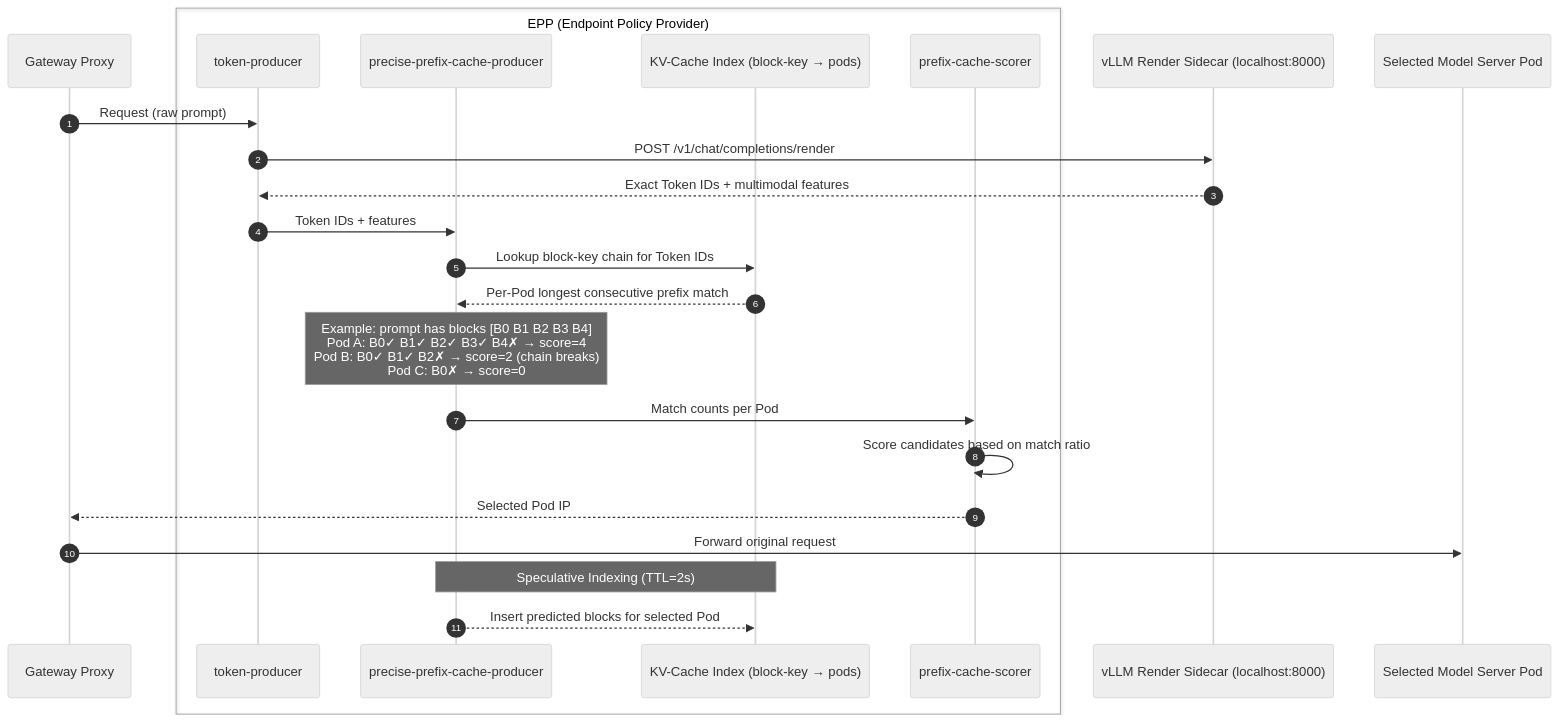
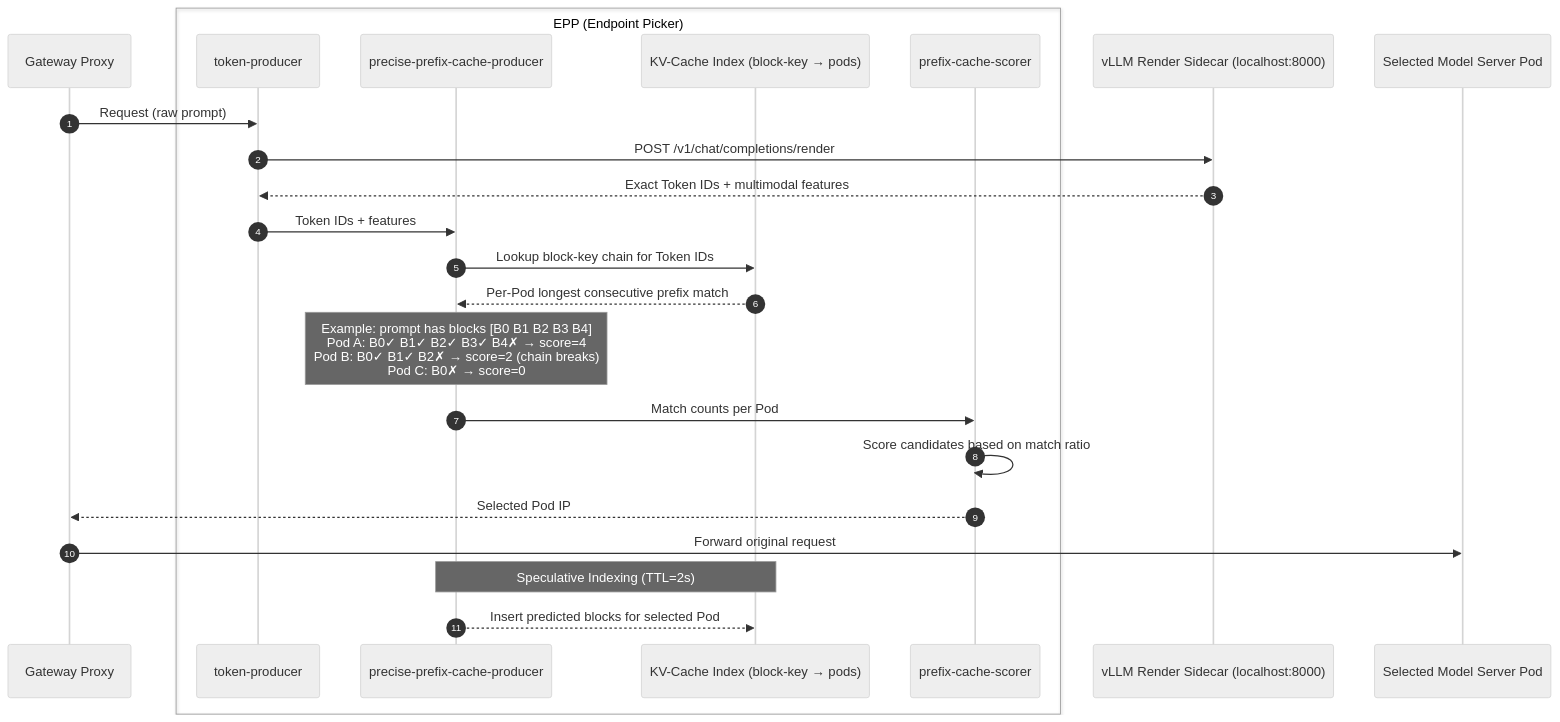
The second of 2 diagrams in docs/architecture/advanced/kv-management/prefix-cache-aware-routing.md (llm-d/llm-d), drawn with Mermaid (neutral theme) before and after one commit. The commit also changed other lines of this file, not shown here.

Commit message:
text update

````diff
--- a/docs/architecture/advanced/kv-management/prefix-cache-aware-routing.md
+++ b/docs/architecture/advanced/kv-management/prefix-cache-aware-routing.md
@@ -70,32 +70,32 @@
 ```mermaid
 sequenceDiagram
     autonumber
     participant Proxy as Gateway Proxy
-    box EPP (Endpoint Policy Provider)
+    box EPP (Endpoint Picker)
         participant TP as token-producer
         participant PP as precise-prefix-cache-producer
         participant Idx as KV-Cache Index (block-key → pods)
         participant Scorer as prefix-cache-scorer
     end
     participant Render as vLLM Render Sidecar (localhost:8000)
     participant Pod as Selected Model Server Pod
 
     Proxy->>TP: Request (raw prompt)
     TP->>Render: POST /v1/chat/completions/render
     Render-->>TP: Exact Token IDs + multimodal features
 
     TP->>PP: Token IDs + features
     PP->>Idx: Lookup block-key chain for Token IDs
     Idx-->>PP: Per-Pod longest consecutive prefix match
 
     Note over PP: Example: prompt has blocks [B0 B1 B2 B3 B4]<br/>Pod A: B0✓ B1✓ B2✓ B3✓ B4✗ → score=4<br/>Pod B: B0✓ B1✓ B2✗ → score=2 (chain breaks)<br/>Pod C: B0✗ → score=0
 
     PP->>Scorer: Match counts per Pod
     Scorer->>Scorer: Score candidates based on match ratio
     Scorer-->>Proxy: Selected Pod IP
 
     Proxy->>Pod: Forward original request
 
     Note over PP,Idx: Speculative Indexing (TTL=2s)
     PP-->>Idx: Insert predicted blocks for selected Pod
 ```
````
